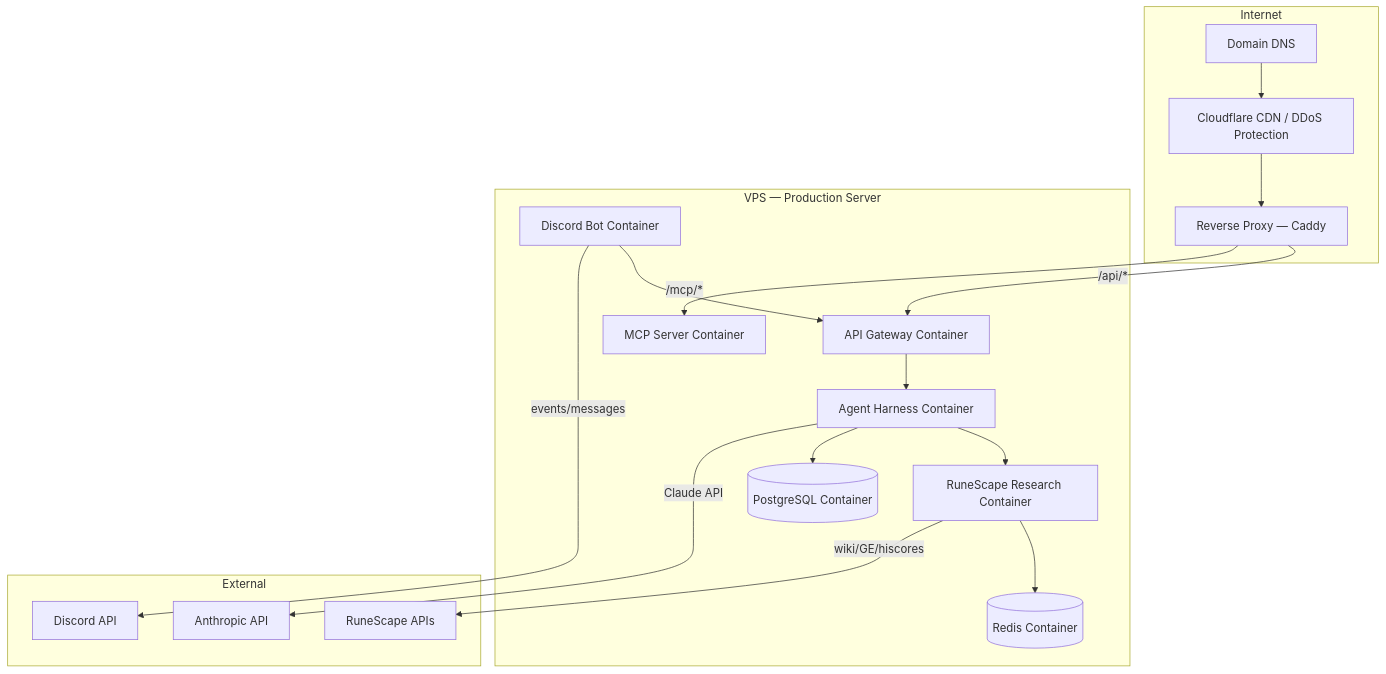
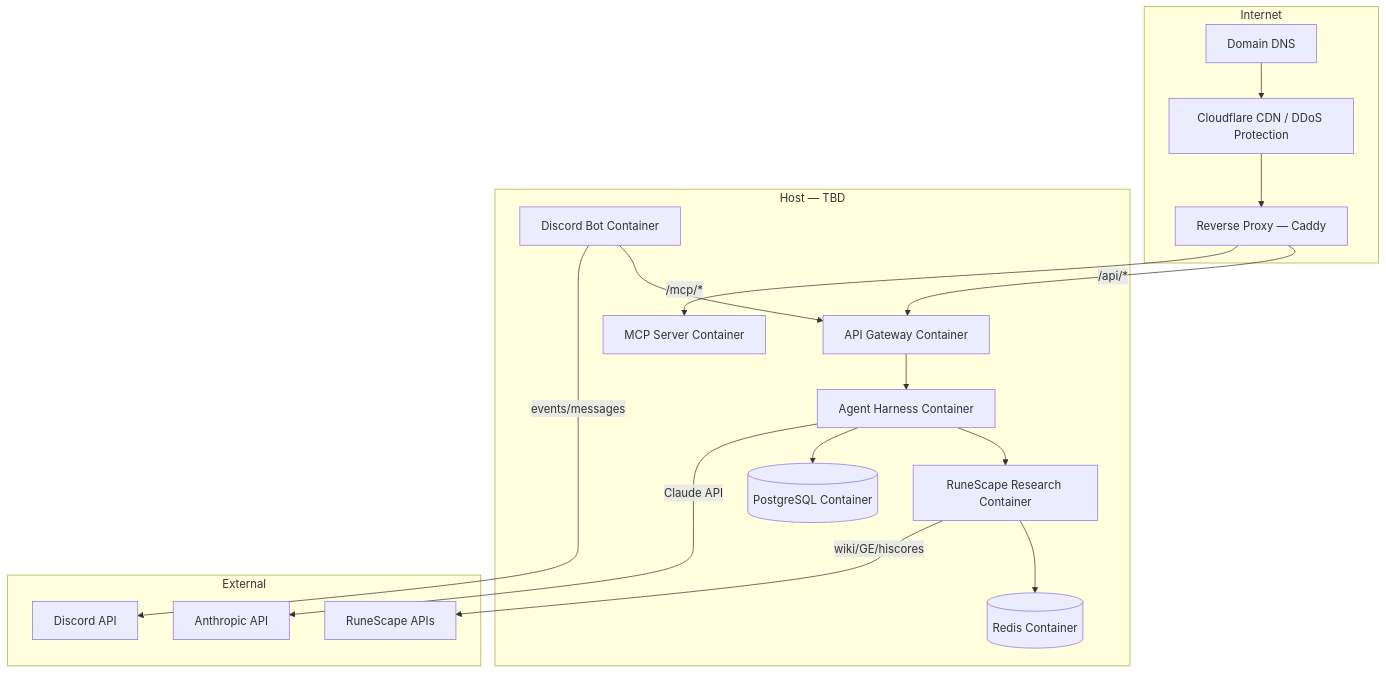
The diagram in Planning/infrastructure.md (AndresI19/RS-Agent-Planning), drawn with Mermaid before and after one commit. The commit also changed other lines of this file and 3 other files, not shown here.

````diff
--- a/Planning/infrastructure.md
+++ b/Planning/infrastructure.md
@@ -23,23 +21,23 @@
 ```mermaid
 graph TD
     subgraph Internet
         DNS[Domain DNS] --> CF[Cloudflare CDN / DDoS Protection]
         CF --> LB[Reverse Proxy — Caddy]
     end
 
-    subgraph VPS["VPS — Production Server"]
+    subgraph Host["Host — TBD"]
         LB -->|/api/*| GW[API Gateway Container]
         LB -->|/mcp/*| MCP[MCP Server Container]
         GW --> Agent[Agent Harness Container]
         Agent --> RS[RuneScape Research Container]
         RS --> Redis[(Redis Container)]
         Agent --> PG[(PostgreSQL Container)]
         Bot[Discord Bot Container] --> GW
     end
 
     subgraph External
         Agent -->|Claude API| Anthropic[Anthropic API]
         RS -->|wiki/GE/hiscores| RSAPI[RuneScape APIs]
         Bot -->|events/messages| DiscordAPI[Discord API]
     end
 ```
````
